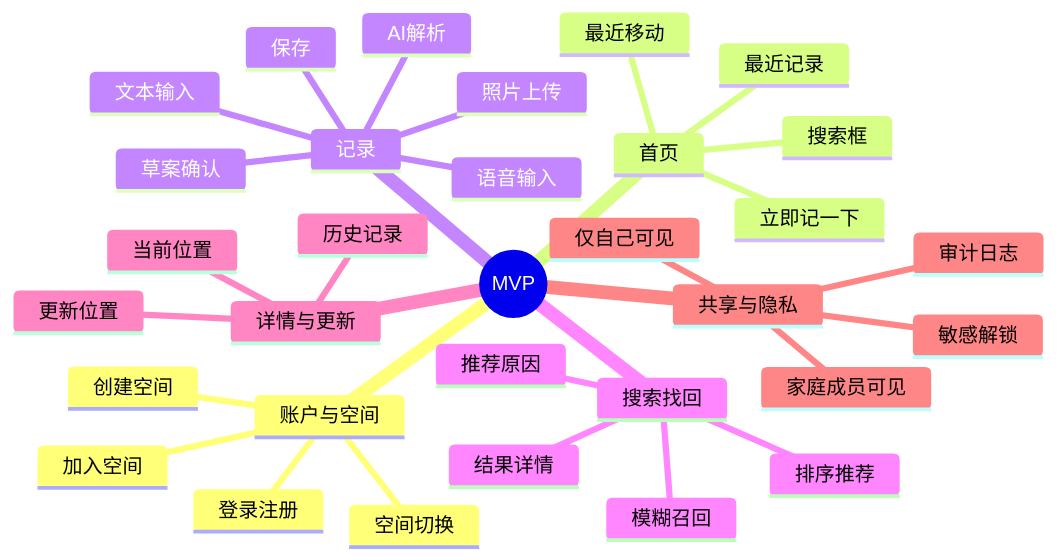
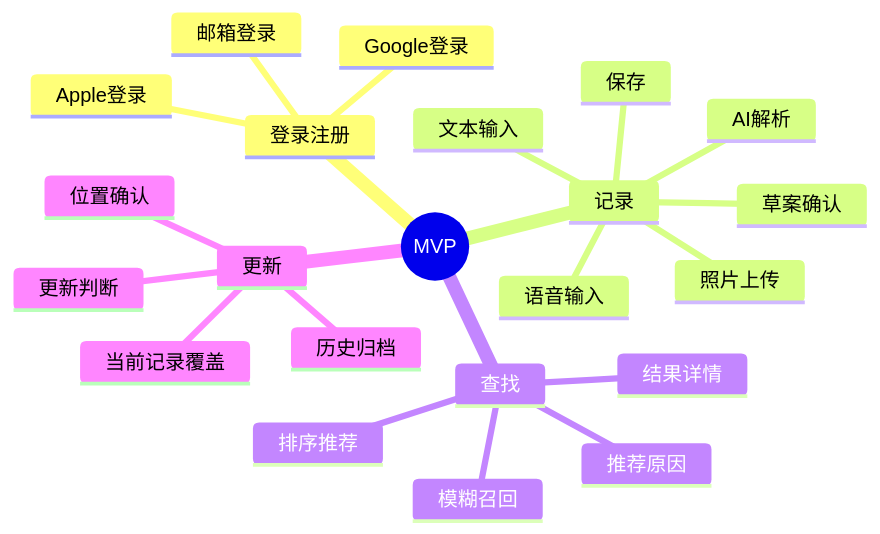
The fifth of 5 diagrams in doc/产品规划/物品位置记忆APP_MVP_PRD.md (SK-Runner/remember-everything), drawn with Mermaid before and after one commit. The commit also changed other lines of this file and 1 other file, not shown here.

````diff
--- a/doc/产品规划/物品位置记忆APP_MVP_PRD.md
+++ b/doc/产品规划/物品位置记忆APP_MVP_PRD.md
@@ -405,35 +285,25 @@
 ```mermaid
 mindmap
   root((MVP))
-    账户与空间
-      登录注册
-      创建空间
-      加入空间
-      空间切换
-    首页
-      搜索框
-      立即记一下
-      最近记录
-      最近移动
+    登录注册
+      邮箱登录
+      Apple登录
+      Google登录
     记录
       语音输入
       文本输入
       照片上传
       AI解析
       草案确认
       保存
-    搜索找回
+    查找
       模糊召回
       排序推荐
       推荐原因
       结果详情
-    详情与更新
-      当前位置
-      更新位置
-      历史记录
-    共享与隐私
-      家庭成员可见
-      仅自己可见
-      敏感解锁
-      审计日志
+    更新
+      更新判断
+      位置确认
+      当前记录覆盖
+      历史归档
 ```
````
